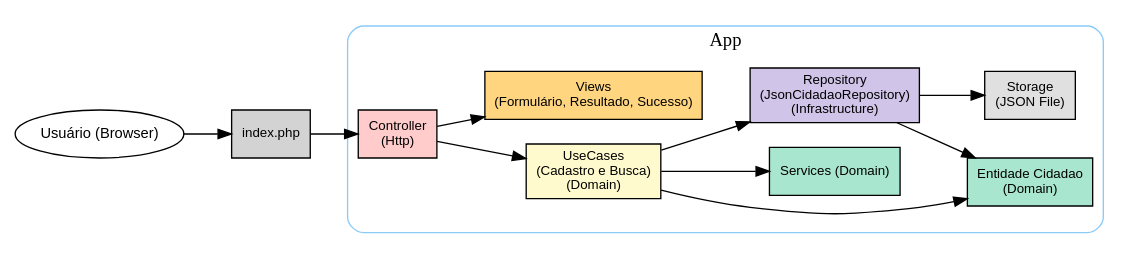
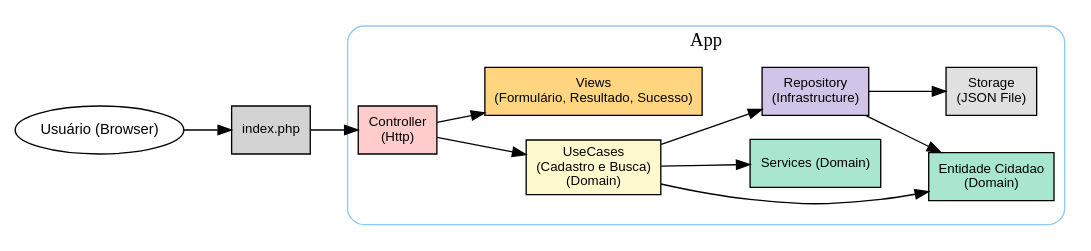
The diagram in docs/arquitetura/graph.dot (Andrewwmax/Desafio-Jungle), drawn with Graphviz before and after one commit. The commit also changed 13 other files, not shown here.

```diff
--- a/docs/arquitetura/graph.dot
+++ b/docs/arquitetura/graph.dot
@@ -1,33 +1,33 @@
 digraph G {
     rankdir=LR;
     node [shape=box style=rounded fontsize=10 fontname="Arial"];
 
     // Subgraph APP
     subgraph cluster_App {
         label = "App";
         style = rounded;
         color = "#8CCAF7";
 
         Core [label="Entidade Cidadao\n(Domain)", fillcolor="#A8E6CF", style="filled"];
         Services [label="Services (Domain)", fillcolor="#A8E6CF", style="filled"];
         UseCases [label="UseCases\n(Cadastro e Busca)\n(Domain)", fillcolor="#FFFACD", style="filled"];
         Controller [label="Controller\n(Http)", fillcolor="#FFCCCB", style="filled"];
-        Repository [label="Repository\n(JsonCidadaoRepository)\n(Infrastructure)", fillcolor="#D1C4E9", style="filled"];
+        Repository [label="Repository\n(Infrastructure)", fillcolor="#D1C4E9", style="filled"];
         Storage [label="Storage\n(JSON File)", fillcolor="#E0E0E0", style="filled"];
         View [label="Views\n(Formulário, Resultado, Sucesso)", fillcolor="#FFD580", style="filled"];
     }
 
     // Client + index.php
     Client [label="Usuário (Browser)", shape=oval, fontsize=11, fontname="Arial"];
     Index [label="index.php", shape=box, style="filled", fillcolor="lightgray"];
 
     // Fluxo de dependência
     Client -> Index -> Controller;
     Controller -> UseCases;
     Controller -> View;
     UseCases -> Core;
     UseCases -> Services;
     UseCases -> Repository;
     Repository -> Core;
     Repository -> Storage;
 }
```
